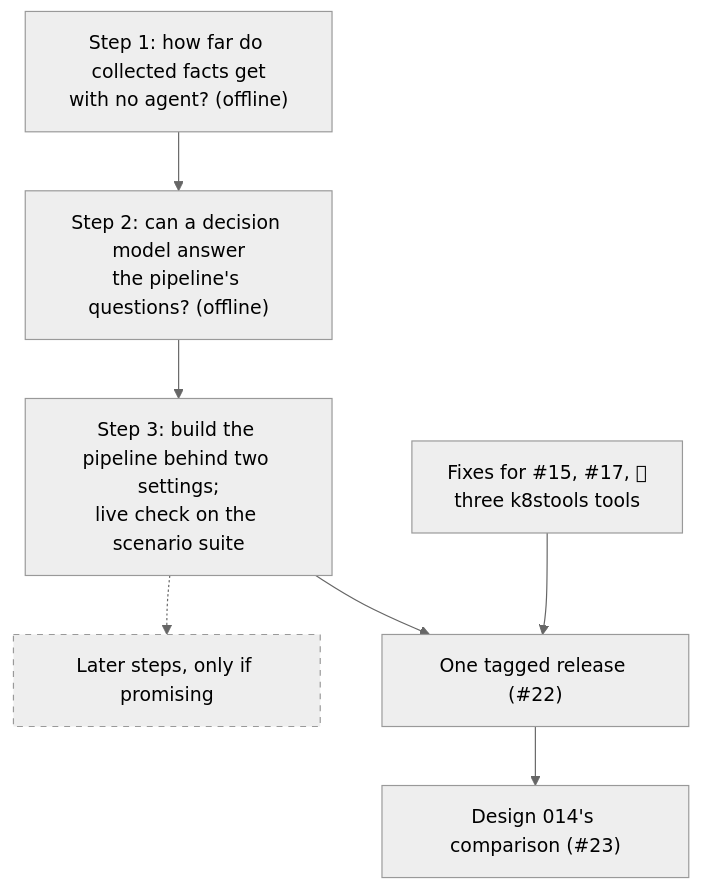
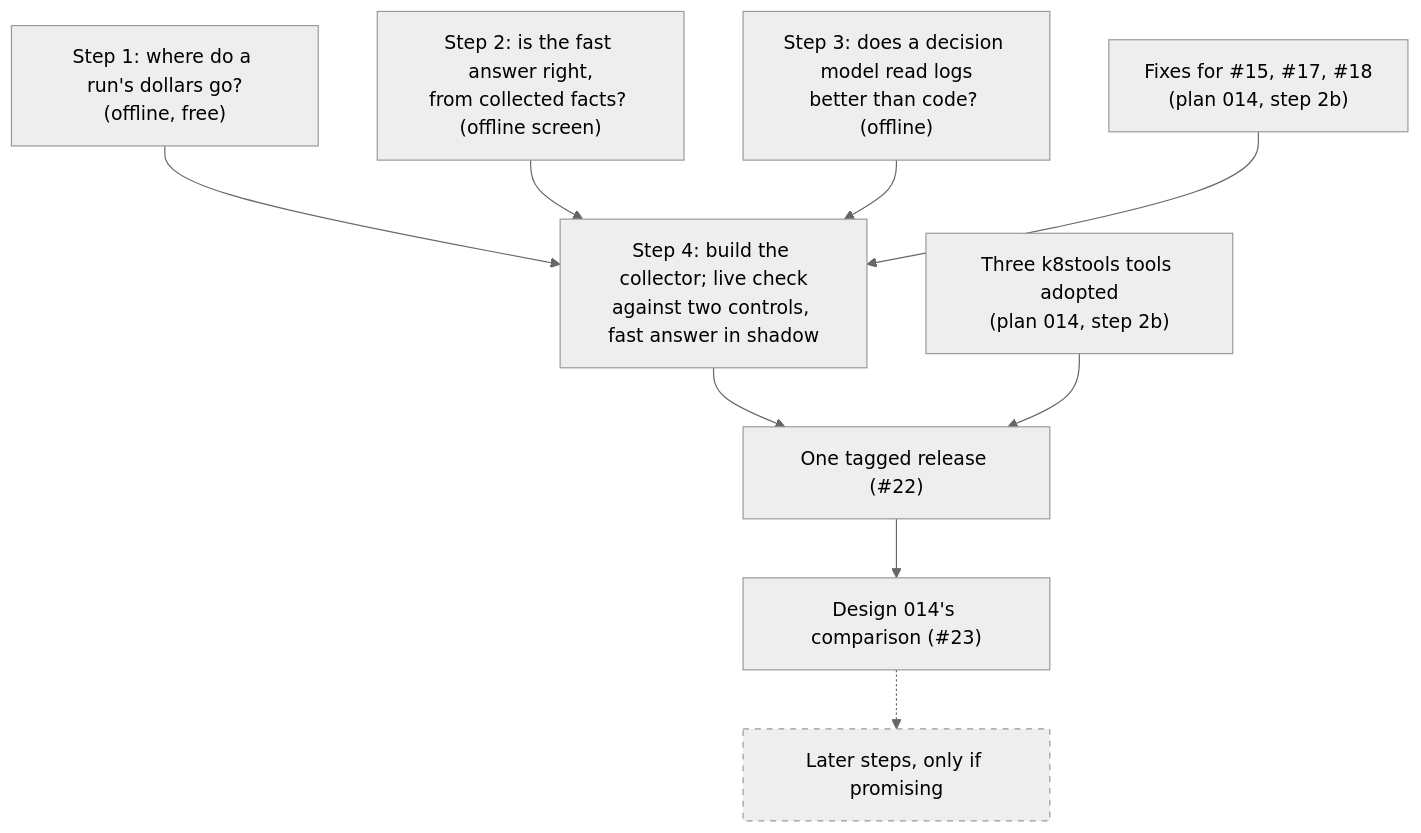
One commit to BenedatLLC/k8srca changed the diagram in plans/011-decision-models.md. Above: the diagram before and after it, drawn with Mermaid (neutral theme). The commit also changed other lines of this file and 8 other files, not shown here.

````diff
--- a/plans/011-decision-models.md
+++ b/plans/011-decision-models.md
@@ -25,14 +24,20 @@
 ```mermaid
 flowchart TD
-  S1["Step 1: how far do collected facts get<br/>with no agent? (offline)"]
-  S2["Step 2: can a decision model answer<br/>the pipeline's questions? (offline)"]
-  S3["Step 3: build the pipeline behind two settings;<br/>live check on the scenario suite"]
-  L["Later steps, only if promising"]:::planned
-  F["Fixes for #15, #17, #18;<br/>three k8stools tools"]
+  S1["Step 1: where do a run's dollars go?<br/>(offline, free)"]
+  S2["Step 2: is the fast answer right,<br/>from collected facts? (offline screen)"]
+  S3["Step 3: does a decision model read logs<br/>better than code? (offline)"]
+  F["Fixes for #15, #17, #18<br/>(plan 014, step 2b)"]
+  S4["Step 4: build the collector; live check<br/>against two controls, fast answer in shadow"]
+  K["Three k8stools tools adopted<br/>(plan 014, step 2b)"]
   R["One tagged release (#22)"]
   C["Design 014's comparison (#23)"]
-  S1 --> S2 --> S3 --> R
-  S3 -.-> L
-  F --> R --> C
+  L["Later steps, only if promising"]:::planned
+  S1 --> S4
+  S2 --> S4
+  S3 --> S4
+  F --> S4
+  S4 --> R
+  K --> R --> C
+  C -.-> L
   classDef planned stroke-dasharray: 5 5
 ```
````
